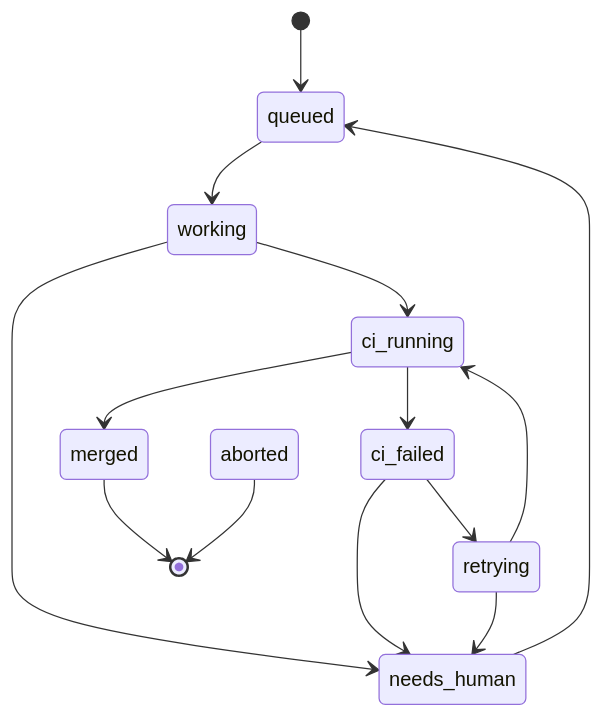
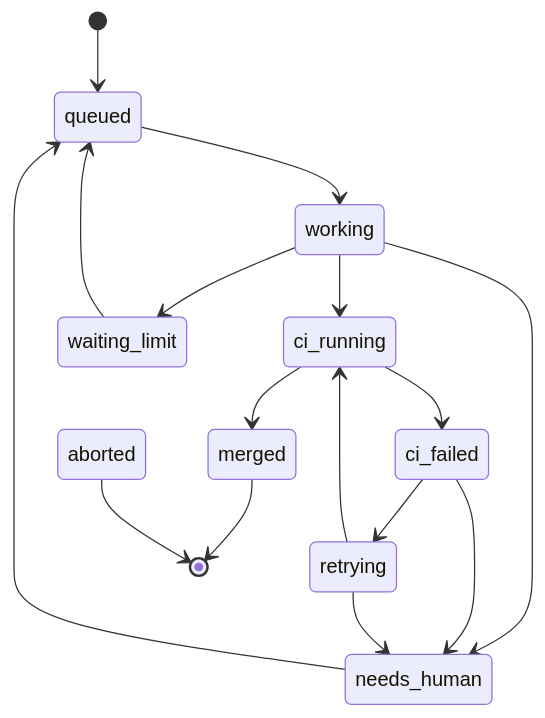
One commit to NilsR0711/drydock changed the second of 2 diagrams in README.md. Above: the diagram before and after it, drawn with Mermaid. The commit also changed other lines of this file and 6 other files, not shown here.

First line of the commit message:
feat(ui): surface waiting_limit state, auto-wait toggle, and ADR 030

````diff
--- a/README.md
+++ b/README.md
@@ -152,16 +152,18 @@
 ```mermaid
 stateDiagram-v2
     [*] --> queued
     queued --> working
     working --> ci_running
     working --> needs_human
+    working --> waiting_limit
+    waiting_limit --> queued
     ci_running --> merged
     ci_running --> ci_failed
     ci_failed --> retrying
     retrying --> ci_running
     ci_failed --> needs_human
     retrying --> needs_human
     needs_human --> queued
     merged --> [*]
     aborted --> [*]
 ```
````
